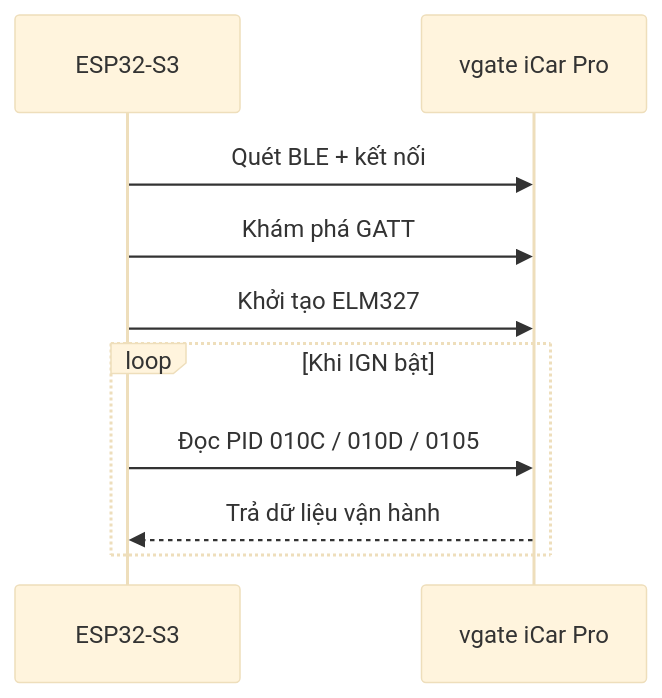
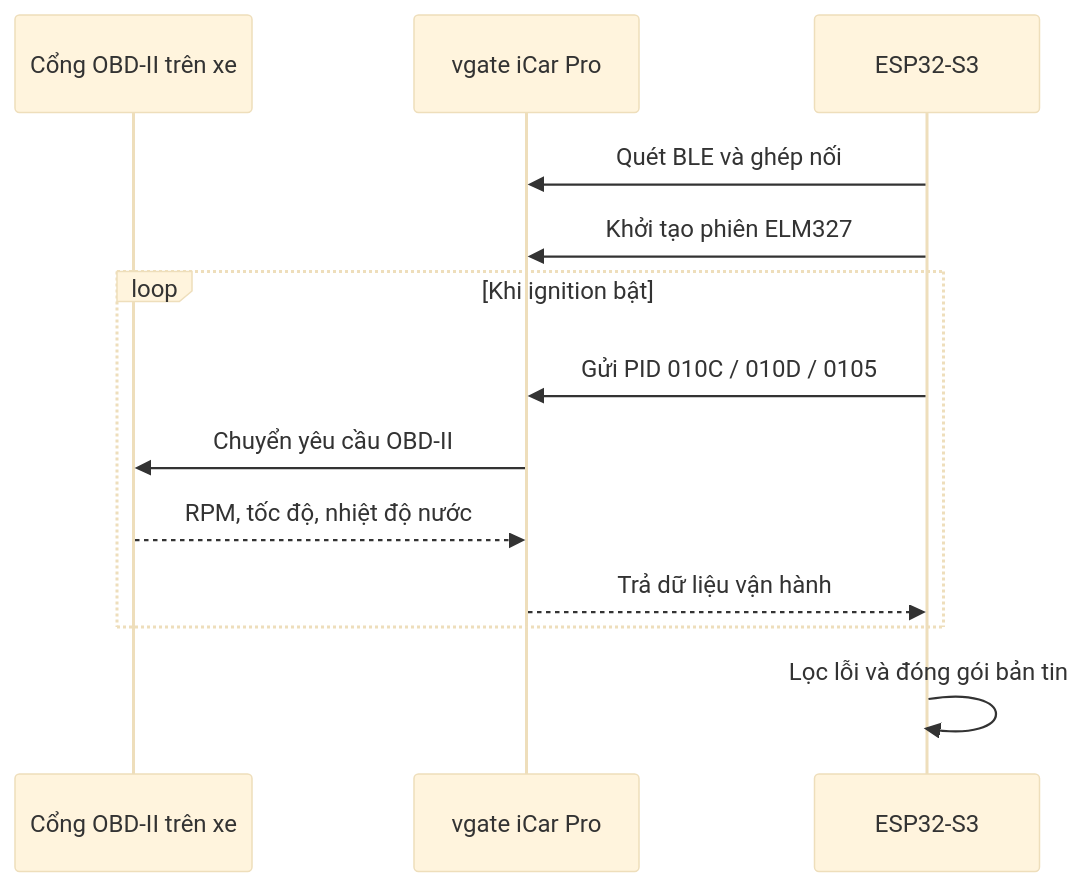
One commit to anmh1205/IoT_Vehicle_Tracking_System changed the diagram in resources/reports/thesis/final/assets/uml/03-chuong-3-giai-phap-phan-cung-hinh-3-2.mmd. Above: the diagram before and after it, drawn with Mermaid (base theme). The commit also changed 784 other files, not shown here.

```diff
--- a/resources/reports/thesis/final/assets/uml/03-chuong-3-giai-phap-phan-cung-hinh-3-2.mmd
+++ b/resources/reports/thesis/final/assets/uml/03-chuong-3-giai-phap-phan-cung-hinh-3-2.mmd
@@ -1,11 +1,14 @@
 sequenceDiagram
+    participant ECU as Cổng OBD-II trên xe
+    participant Adapter as vgate iCar Pro
     participant ESP as ESP32-S3
-    participant OBD as vgate iCar Pro
 
-    ESP->>OBD: Quét BLE + kết nối
-    ESP->>OBD: Khám phá GATT
-    ESP->>OBD: Khởi tạo ELM327
-    loop Khi IGN bật
-        ESP->>OBD: Đọc PID 010C / 010D / 0105
-        OBD-->>ESP: Trả dữ liệu vận hành
+    ESP->>Adapter: Quét BLE và ghép nối
+    ESP->>Adapter: Khởi tạo phiên ELM327
+    loop Khi ignition bật
+        ESP->>Adapter: Gửi PID 010C / 010D / 0105
+        Adapter->>ECU: Chuyển yêu cầu OBD-II
+        ECU-->>Adapter: RPM, tốc độ, nhiệt độ nước
+        Adapter-->>ESP: Trả dữ liệu vận hành
     end
+    ESP->>ESP: Lọc lỗi và đóng gói bản tin
```
